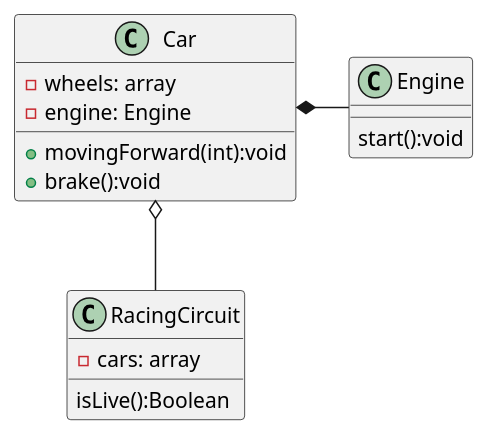
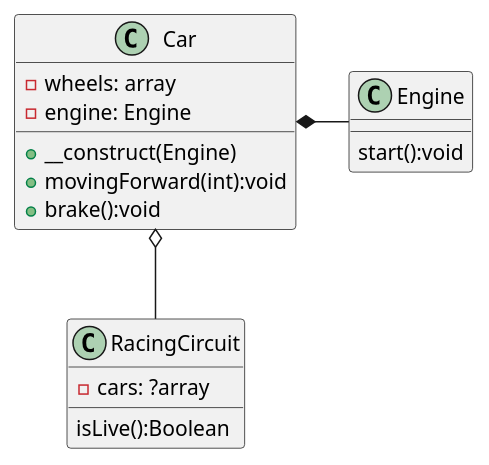
One commit to msclol/Projets_CompletsPOO changed the diagram in jeuDeVoiture.plantuml. Above: the diagram before and after it, drawn with PlantUML. The commit also changed 1 other file, not shown here.

```diff
--- a/jeuDeVoiture.plantuml
+++ b/jeuDeVoiture.plantuml
@@ -1,21 +1,22 @@
 @startuml
 Car *-right- Engine
 Car o-- RacingCircuit
 class Car{
     -wheels: array
     -engine: Engine
+    + __construct(Engine)
     +movingForward(int):void
     +brake():void
 }
 
 class Engine{
     start():void
 
 }
 
 class RacingCircuit{
-    -cars: array
+    -cars: ?array
     isLive():Boolean
 }
 
 @enduml
```
